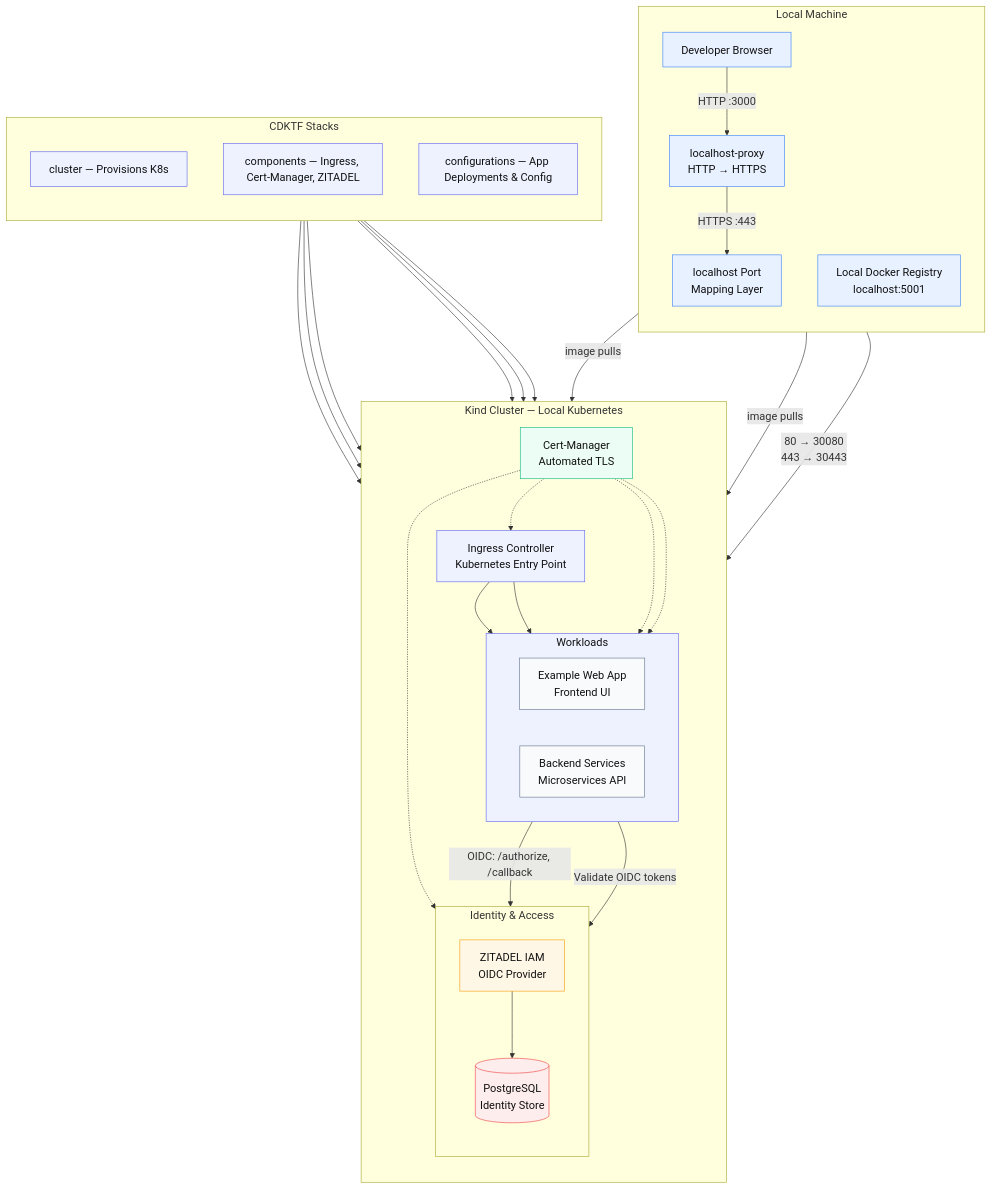
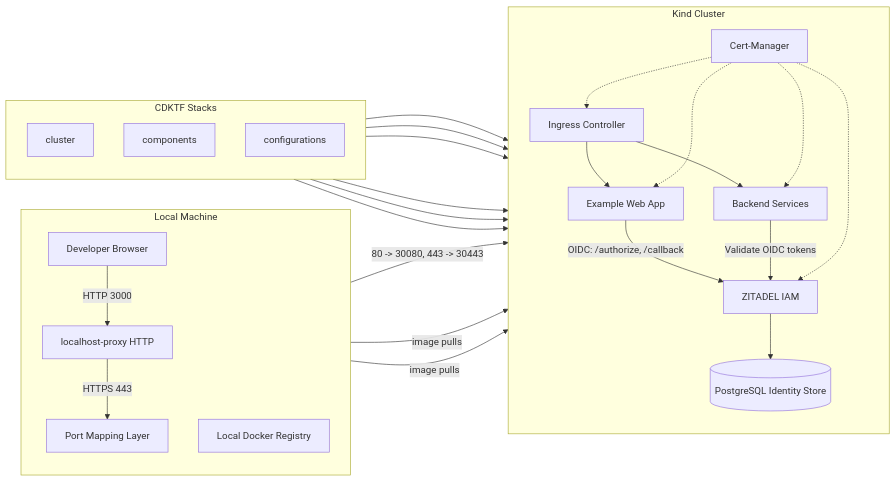
The diagram in README.md (seemueller-io/cluster), drawn with Mermaid before and after one commit.

Commit message:
improve diagraming again

````diff
--- a/README.md
+++ b/README.md
@@ -25,88 +25,59 @@
 ```mermaid
-%%{init: {
-  'theme': 'default',
-  'flowchart': { 'rankSpacing': 60, 'nodeSpacing': 60, 'diagramPadding': 48, 'htmlLabels': true },
-  'themeVariables': { 'fontSize': '18px', 'fontFamily': 'Inter, ui-sans-serif, system-ui, -apple-system, Segoe UI, Roboto, Helvetica, Arial, Noto Sans, sans-serif' }
-}}%%
-flowchart TB
+flowchart LR
 
-%% =========================
-%% Local Machine (Entry Path)
-%% =========================
-subgraph local[Local Machine]
+%% ===== Local Machine =====
+subgraph L[Local Machine]
 direction TB
-user[Developer Browser]
-proxy[localhost-proxy<br/>HTTP → HTTPS]
-host[localhost Port<br/>Mapping Layer]
-registry[Local Docker Registry<br/>localhost:5001]
-user -->|HTTP :3000| proxy
-proxy -->|HTTPS :443| host
+  user[Developer Browser]
+  proxy[localhost-proxy HTTP]
+  host[Port Mapping Layer]
+  registry[Local Docker Registry]
+
+  user -->|HTTP 3000| proxy
+  proxy -->|HTTPS 443| host
 end
 
-%% =========================
-%% Kind Cluster (Platform)
-%% =========================
-subgraph clusterSG[Kind Cluster — Local Kubernetes]
+%% ===== Kind Cluster =====
+subgraph K[Kind Cluster]
 direction TB
+  ingress[Ingress Controller]
+  exampleApp[Example Web App]
+  apps[Backend Services]
+  zitadel[ZITADEL IAM]
+  pg[(PostgreSQL Identity Store)]
+  cert[Cert-Manager]
 
-%% Edge / Entry
-ingress[Ingress Controller<br/>Kubernetes Entry Point]
+  %% Routing
+  ingress --> exampleApp
+  ingress --> apps
 
-%% Workloads behind ingress
-subgraph workloads[Workloads]
-direction LR
-exampleApp[Example Web App<br/>Frontend UI]
-apps[Backend Services<br/>Microservices API]
+  %% OIDC
+  exampleApp -->|OIDC: /authorize, /callback| zitadel
+  apps -->|Validate OIDC tokens| zitadel
+  zitadel --> pg
+
+  %% TLS automation (dotted)
+  cert -.-> ingress
+  cert -.-> exampleApp
+  cert -.-> apps
+  cert -.-> zitadel
 end
 
-%% Identity & Data
-subgraph iam[Identity & Access]
-direction TB
-zitadel[ZITADEL IAM<br/>OIDC Provider]
-pg[(PostgreSQL<br/>Identity Store)]
-zitadel --> pg
-end
+%% ===== Local ⇄ Cluster =====
+host -->|80 -> 30080, 443 -> 30443| ingress
 
-%% Cluster automation
-cert[Cert-Manager<br/>Automated TLS]
-
-%% Ingress routing to services
-ingress --> exampleApp
-ingress --> apps
-
-%% OIDC flows
-exampleApp -->|OIDC: /authorize, /callback| zitadel
-apps -->|Validate OIDC tokens| zitadel
-
-%% Cert-manager relationships (dotted = automation/control)
-cert -.-> ingress
-cert -.-> exampleApp
-cert -.-> apps
-cert -.-> zitadel
-end
-
-%% =========================
-%% Image pulls into the cluster
-%% =========================
+%% ===== Images into the cluster =====
 registry -->|image pulls| exampleApp
 registry -->|image pulls| apps
 
-%% =========================
-%% Local → Cluster networking
-%% =========================
-host -->|80 → 30080<br/>443 → 30443| ingress
-
-%% =========================
-%% CDKTF Stacks (Provision & Configure)
-%% =========================
-subgraph cdk[CDKTF Stacks]
+%% ===== CDKTF Stacks =====
+subgraph T[CDKTF Stacks]
 direction TB
-clusterStack[cluster — Provisions K8s]
-componentsStack[components — Ingress, Cert-Manager, ZITADEL]
-configurationsStack[configurations — App Deployments & Config]
+  clusterStack[cluster]
+  componentsStack[components]
+  configurationsStack[configurations]
 end
 
-%% Show where each stack applies
 clusterStack --> ingress
 componentsStack --> ingress
 componentsStack --> cert
@@ -114,22 +85,4 @@
 configurationsStack --> exampleApp
 configurationsStack --> apps
 
-%% =========================
-%% Visual styling
-%% =========================
-classDef external fill:#E8F1FF,stroke:#3B82F6,color:#111,stroke-width:1px;
-classDef service  fill:#F8FAFC,stroke:#64748B,color:#111,stroke-width:1px;
-classDef identity fill:#FFF7E6,stroke:#F59E0B,color:#111,stroke-width:1px;
-classDef data     fill:#FDEDED,stroke:#EF4444,color:#111,stroke-width:1px;
-classDef ops      fill:#ECFDF5,stroke:#10B981,color:#111,stroke-width:1px;
-classDef infra    fill:#EEF2FF,stroke:#6366F1,color:#111,stroke-width:1px;
-
-class user,proxy,host,registry external
-class ingress,workloads infra
-class exampleApp,apps service
-class zitadel identity
-class pg data
-class cert ops
-class clusterStack,componentsStack,configurationsStack infra
-
 ```
````
